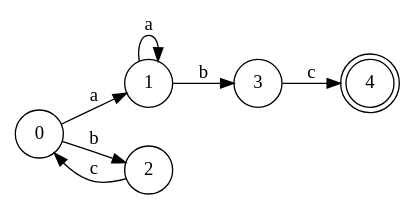
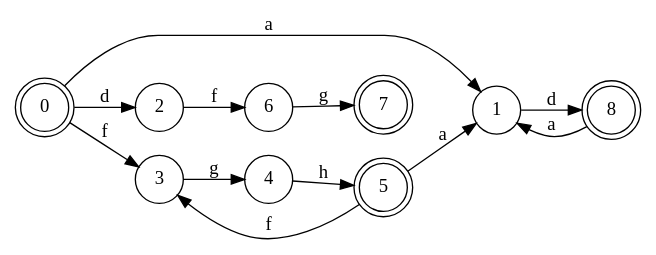
The diagram in dfa_output.dot (x6x4/LAB2_URGENCY), drawn with Graphviz before and after one commit. The commit also changed 6 other files, not shown here.

```diff
--- a/dfa_output.dot
+++ b/dfa_output.dot
@@ -1,11 +1,24 @@
 digraph DFA {
 rankdir="LR"
 node [shape=circle];
 0 -> 1 [label="a"];
-0 -> 2 [label="b"];
-1 -> 1 [label="a"];
-1 -> 3 [label="b"];
-2 -> 0 [label="c"];
-3 -> 4 [label="c"];
-4[label="4"shape=doublecircle];
+0 -> 2 [label="d"];
+0 -> 3 [label="f"];
+1 -> 8 [label="d"];
+2 -> 6 [label="f"];
+3 -> 4 [label="g"];
+4 -> 5 [label="h"];
+5 -> 1 [label="a"];
+5 -> 3 [label="f"];
+6 -> 7 [label="g"];
+8 -> 1 [label="a"];
+0[label="0"shape=doublecircle];
+0[label="0"shape=doublecircle];
+0[label="0"shape=doublecircle];
+5[label="5"shape=doublecircle];
+5[label="5"shape=doublecircle];
+5[label="5"shape=doublecircle];
+7[label="7"shape=doublecircle];
+8[label="8"shape=doublecircle];
+8[label="8"shape=doublecircle];
 }
```
